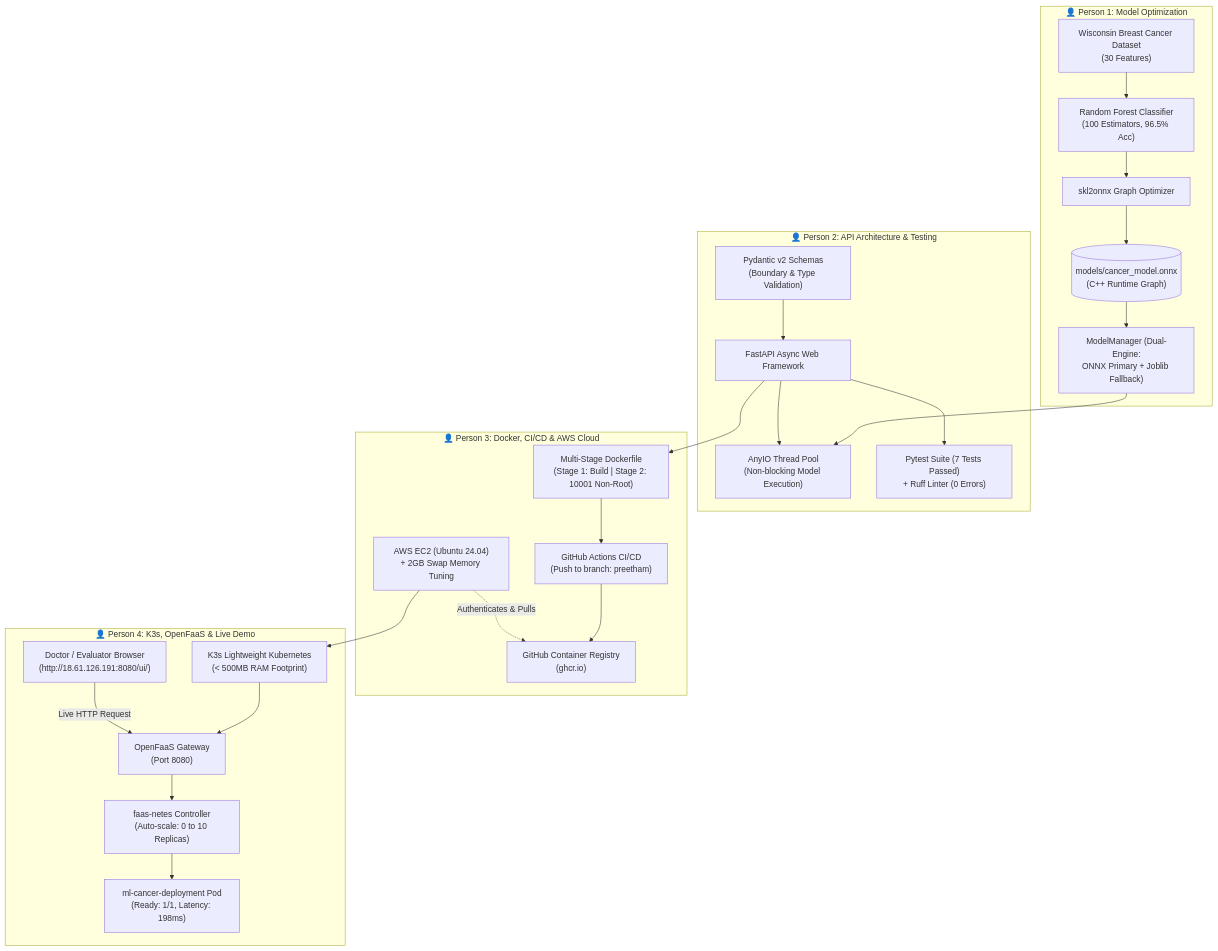
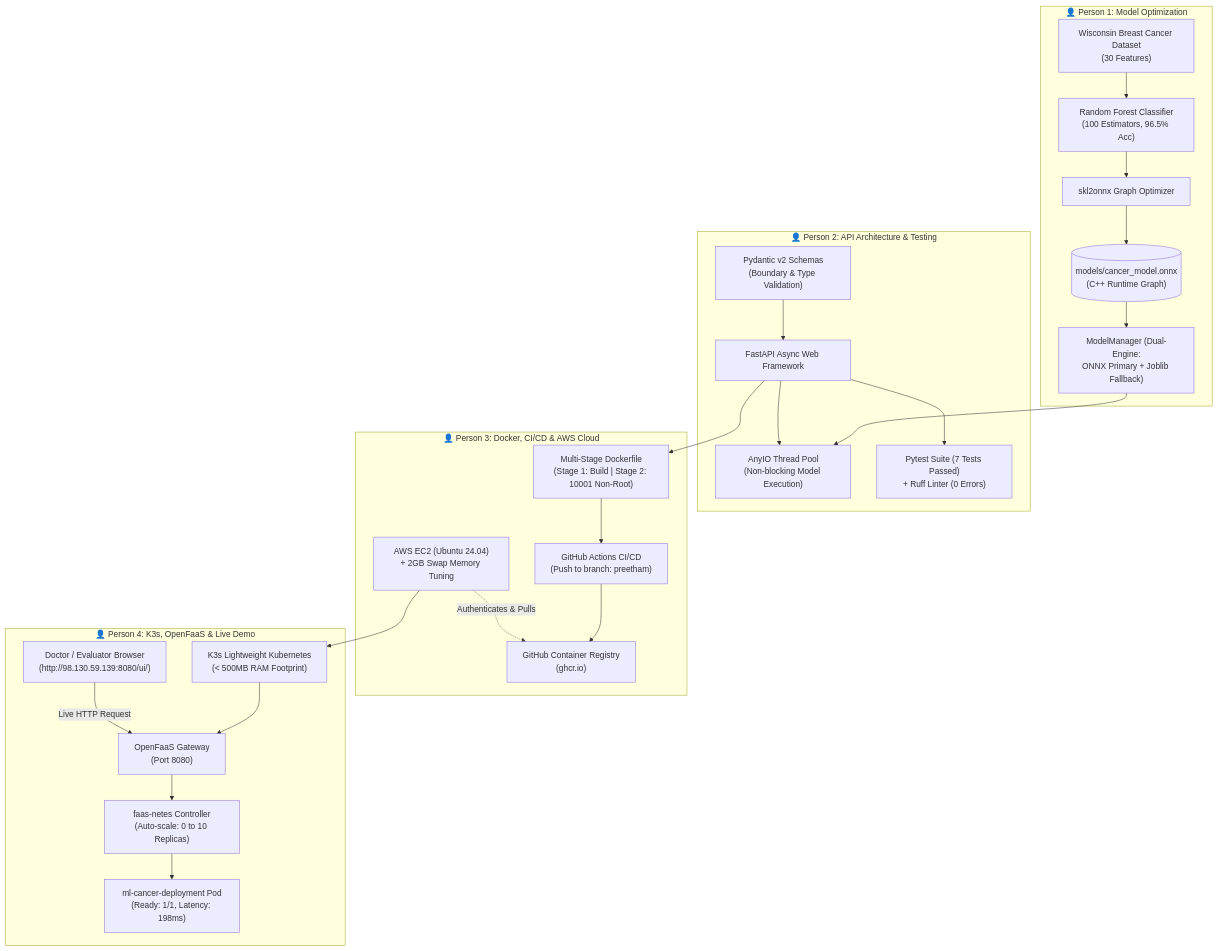
Before and after one commit to Taksh9347/Efficient-ML-Model-Deployment: the first of 4 diagrams in presentation.md, drawn with Mermaid. The commit also changed other lines of this file and 1 other file, not shown here.

````diff
--- a/presentation.md
+++ b/presentation.md
@@ -25,46 +25,46 @@
 ```mermaid
 flowchart TD
     subgraph P1_Scope ["👤 Person 1: Model Optimization"]
         Dataset["Wisconsin Breast Cancer Dataset\n(30 Features)"]
         Train["Random Forest Classifier\n(100 Estimators, 96.5% Acc)"]
         ONNXConv["skl2onnx Graph Optimizer"]
         ONNXFile[("models/cancer_model.onnx\n(C++ Runtime Graph)")]
         ModelMgr["ModelManager (Dual-Engine:\nONNX Primary + Joblib Fallback)"]
 
         Dataset --> Train --> ONNXConv --> ONNXFile --> ModelMgr
     end
 
     subgraph P2_Scope ["👤 Person 2: API Architecture & Testing"]
         Pydantic["Pydantic v2 Schemas\n(Boundary & Type Validation)"]
         FastAPIApp["FastAPI Async Web Framework"]
         ThreadPool["AnyIO Thread Pool\n(Non-blocking Model Execution)"]
         PytestSuite["Pytest Suite (7 Tests Passed)\n+ Ruff Linter (0 Errors)"]
 
         Pydantic --> FastAPIApp
         ModelMgr --> ThreadPool
         FastAPIApp --> ThreadPool
         FastAPIApp --> PytestSuite
     end
 
     subgraph P3_Scope ["👤 Person 3: Docker, CI/CD & AWS Cloud"]
         Dockerfile["Multi-Stage Dockerfile\n(Stage 1: Build | Stage 2: 10001 Non-Root)"]
         GHActions["GitHub Actions CI/CD\n(Push to branch: preetham)"]
         GHCR["GitHub Container Registry\n(ghcr.io)"]
         AWSEC2["AWS EC2 (Ubuntu 24.04)\n+ 2GB Swap Memory Tuning"]
 
         FastAPIApp --> Dockerfile
         Dockerfile --> GHActions --> GHCR
         AWSEC2 -.->|Authenticates & Pulls| GHCR
     end
 
     subgraph P4_Scope ["👤 Person 4: K3s, OpenFaaS & Live Demo"]
         K3s["K3s Lightweight Kubernetes\n(< 500MB RAM Footprint)"]
         OFGateway["OpenFaaS Gateway\n(Port 8080)"]
         OFOperator["faas-netes Controller\n(Auto-scale: 0 to 10 Replicas)"]
         LivePod["ml-cancer-deployment Pod\n(Ready: 1/1, Latency: 198ms)"]
-        BrowserUI["Doctor / Evaluator Browser\n(http://18.61.126.191:8080/ui/)"]
+        BrowserUI["Doctor / Evaluator Browser\n(http://98.130.59.139:8080/ui/)"]
 
         AWSEC2 --> K3s --> OFGateway --> OFOperator --> LivePod
         BrowserUI -->|Live HTTP Request| OFGateway
     end
 ```
````
